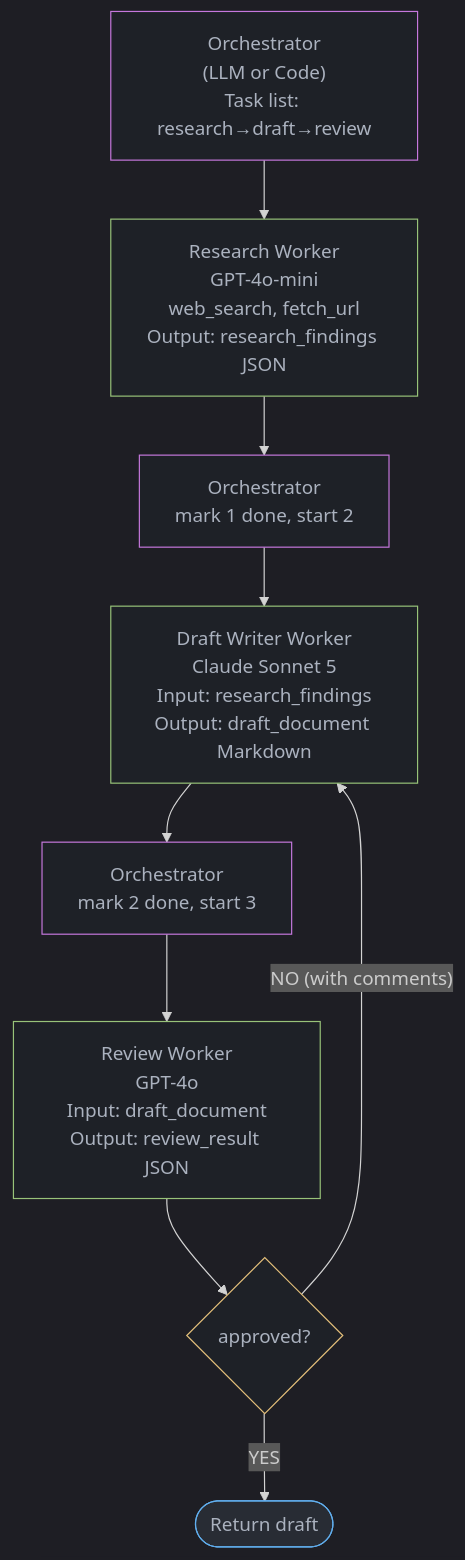
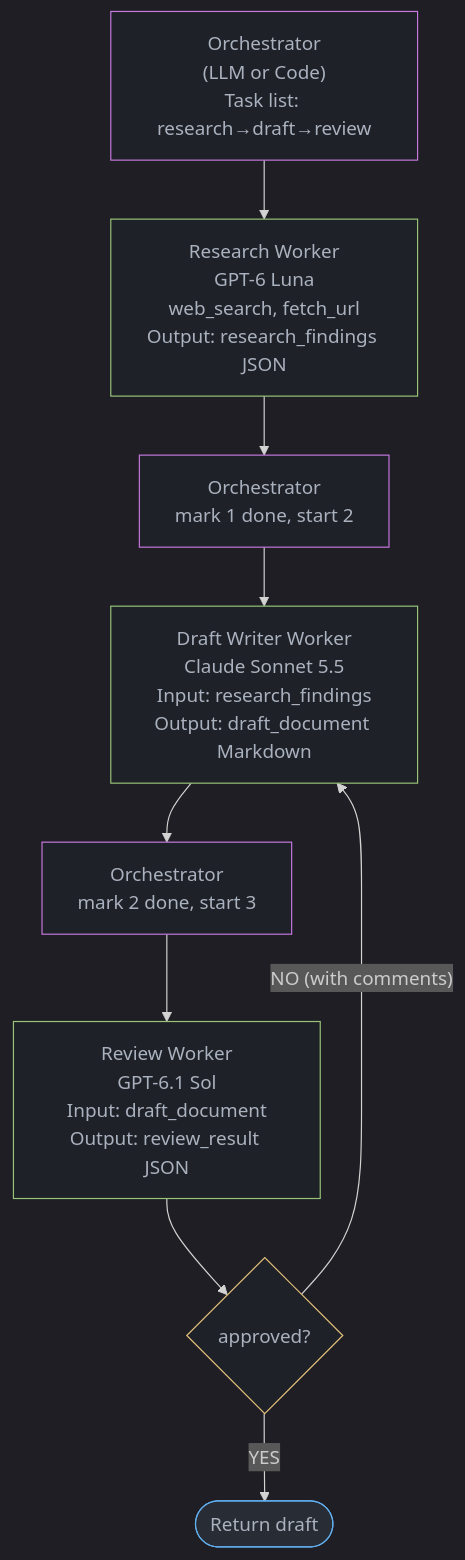
The first of 5 diagrams in src/main/java/com/rutik/systemdesign/llm/multi_agent_systems/orchestrator_worker_pattern.md (rppol/system-design), drawn with Mermaid before and after one commit. The commit also changed other lines of this file and 655 other files, not shown here.

````diff
--- a/src/main/java/com/rutik/systemdesign/llm/multi_agent_systems/orchestrator_worker_pattern.md
+++ b/src/main/java/com/rutik/systemdesign/llm/multi_agent_systems/orchestrator_worker_pattern.md
@@ -71,22 +71,22 @@
 ```mermaid
 %%{init: {'flowchart': {'curve': 'basis'}, 'theme': 'dark'}}%%
 flowchart TD
     Orch["Orchestrator\n(LLM or Code)\nTask list: research→draft→review"] --> W1
-    W1["Research Worker\nGPT-4o-mini\nweb_search, fetch_url\nOutput: research_findings JSON"] --> Orch2
+    W1["Research Worker\nGPT-6 Luna\nweb_search, fetch_url\nOutput: research_findings JSON"] --> Orch2
     Orch2["Orchestrator\nmark 1 done, start 2"] --> W2
-    W2["Draft Writer Worker\nClaude Sonnet 5\nInput: research_findings\nOutput: draft_document Markdown"] --> Orch3
+    W2["Draft Writer Worker\nClaude Sonnet 5.5\nInput: research_findings\nOutput: draft_document Markdown"] --> Orch3
     Orch3["Orchestrator\nmark 2 done, start 3"] --> W3
-    W3["Review Worker\nGPT-4o\nInput: draft_document\nOutput: review_result JSON"] --> Approved{"approved?"}
+    W3["Review Worker\nGPT-6.1 Sol\nInput: draft_document\nOutput: review_result JSON"] --> Approved{"approved?"}
     Approved -- YES --> Result([Return draft])
     Approved -- "NO (with comments)" --> W2
 
     classDef io     fill:#282c34,stroke:#61afef,color:#abb2bf
     classDef proc   fill:#1e2127,stroke:#98c379,color:#abb2bf
     classDef llm    fill:#1e2127,stroke:#c678dd,color:#abb2bf
     classDef decide fill:#1e2127,stroke:#e5c07b,color:#abb2bf
 
     class Result io
     class Orch,Orch2,Orch3 llm
     class W1,W2,W3 proc
     class Approved decide
 ```
````
